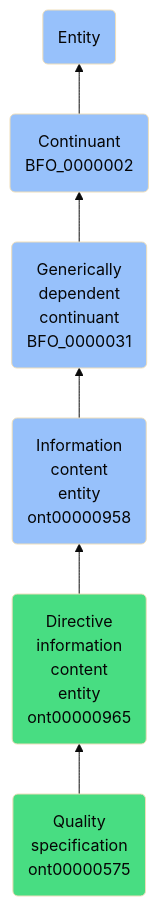
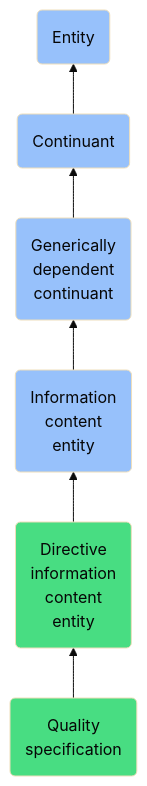
The diagram in docs/ontology/reference/model/Entity/Continuant/Generically dependent continuant/Information content entity/Directive information content entity/Quality specification/Quality specification.md (jupyter-naas/abi), drawn with Mermaid (base theme) before and after one commit. The commit also changed other lines of this file and 1430 other files, not shown here.

````diff
--- a/docs/ontology/reference/model/Entity/Continuant/Generically dependent continuant/Information content entity/Directive information content entity/Quality specification/Quality specification.md
+++ b/docs/ontology/reference/model/Entity/Continuant/Generically dependent continuant/Information content entity/Directive information content entity/Quality specification/Quality specification.md
@@ -24,13 +24,13 @@
 ```mermaid
 graph BT
-    ont00000575(Quality<br>specification<br>ont00000575):::ABI-->ont00000965
-    ont00000965(Directive<br>information<br>content<br>entity<br>ont00000965):::ABI-->ont00000958
-    ont00000958(Information<br>content<br>entity<br>ont00000958):::BFO-->BFO_0000031
-    BFO_0000031(Generically<br>dependent<br>continuant<br>BFO_0000031):::BFO-->BFO_0000002
-    BFO_0000002(Continuant<br>BFO_0000002):::BFO-->BFO_0000001
+    ont00000575(Quality<br>specification):::ABI-->ont00000965
+    ont00000965(Directive<br>information<br>content<br>entity):::ABI-->ont00000958
+    ont00000958(Information<br>content<br>entity):::BFO-->BFO_0000031
+    BFO_0000031(Generically<br>dependent<br>continuant):::BFO-->BFO_0000002
+    BFO_0000002(Continuant):::BFO-->BFO_0000001
     BFO_0000001(Entity):::BFO
     
     classDef BFO fill:#97c1fb,color:#060606
     classDef CCO fill:#e4c51e,color:#060606
     classDef ABI fill:#48DD82,color:#060606
 ```
````
